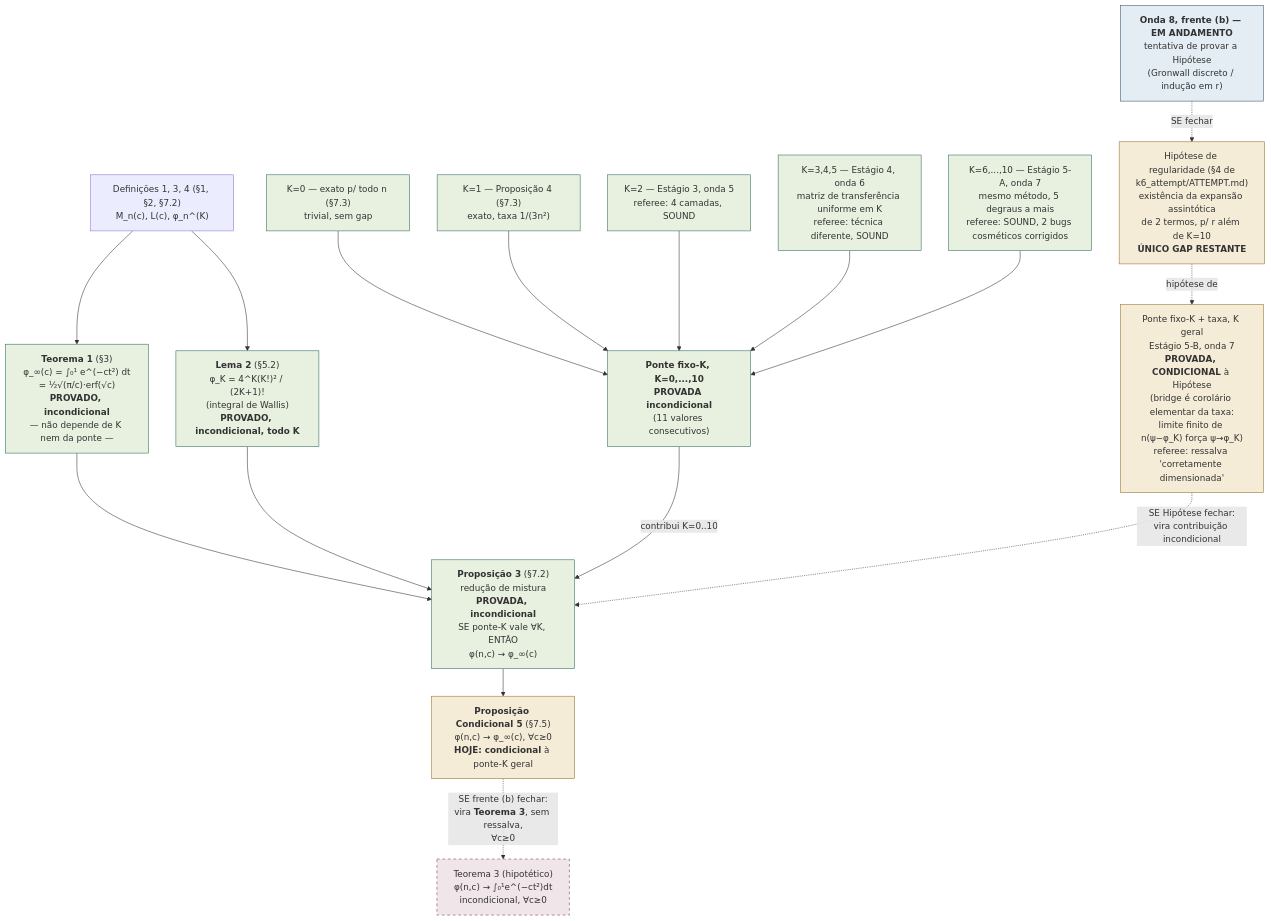
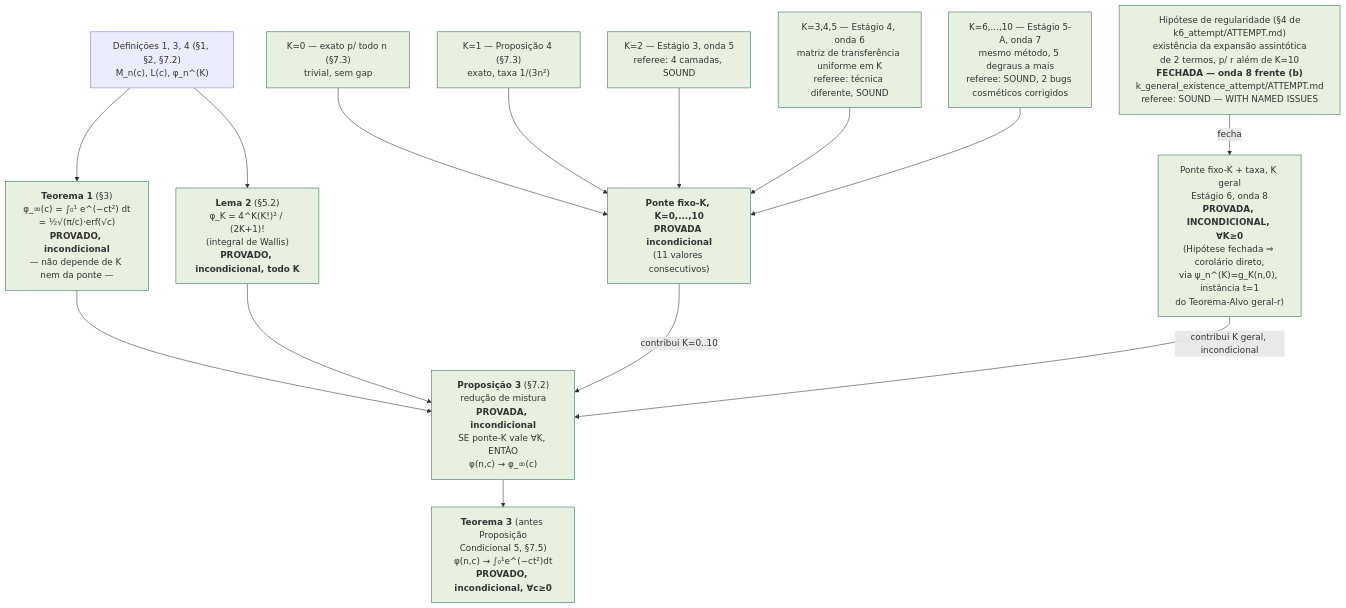
One commit to dougdotcon/TamesisTheoryCompleteResearchArchive changed the first of 2 diagrams in 05_DISCOVERY_LAB/02_TESTS/CORE_NUMERICS/u12_universality/PROOF_DEPENDENCY_MAP.md. Above: the diagram before and after it, drawn with Mermaid. The commit also changed other lines of this file and 36 other files, not shown here.

````diff
--- a/05_DISCOVERY_LAB/02_TESTS/CORE_NUMERICS/u12_universality/PROOF_DEPENDENCY_MAP.md
+++ b/05_DISCOVERY_LAB/02_TESTS/CORE_NUMERICS/u12_universality/PROOF_DEPENDENCY_MAP.md
@@ -20,59 +20,52 @@
 ```mermaid
 flowchart TD
     D["Definições 1, 3, 4 (§1, §2, §7.2)<br/>M_n(c), L(c), φ_n^(K)"]
 
     T1["<b>Teorema 1</b> (§3)<br/>φ_∞(c) = ∫₀¹ e^(−ct²) dt<br/>= ½√(π/c)·erf(√c)<br/><b>PROVADO, incondicional</b><br/>— não depende de K nem da ponte —"]
     L2["<b>Lema 2</b> (§5.2)<br/>φ_K = 4^K(K!)² / (2K+1)!<br/>(integral de Wallis)<br/><b>PROVADO, incondicional, todo K</b>"]
 
     P3["<b>Proposição 3</b> (§7.2)<br/>redução de mistura<br/><b>PROVADA, incondicional</b><br/>SE ponte-K vale ∀K, ENTÃO<br/>φ(n,c) → φ_∞(c)"]
 
     D --> T1
     D --> L2
     T1 --> P3
     L2 --> P3
 
     K0["K=0 — exato p/ todo n (§7.3)<br/>trivial, sem gap"]
     K1["K=1 — Proposição 4 (§7.3)<br/>exato, taxa 1/(3n²)"]
     K2["K=2 — Estágio 3, onda 5<br/>referee: 4 camadas, SOUND"]
     K345["K=3,4,5 — Estágio 4, onda 6<br/>matriz de transferência uniforme em K<br/>referee: técnica diferente, SOUND"]
     K610["K=6,...,10 — Estágio 5-A, onda 7<br/>mesmo método, 5 degraus a mais<br/>referee: SOUND, 2 bugs cosméticos corrigidos"]
 
     PBinc["<b>Ponte fixo-K, K=0,...,10</b><br/><b>PROVADA incondicional</b><br/>(11 valores consecutivos)"]
     K0 --> PBinc
     K1 --> PBinc
     K2 --> PBinc
     K345 --> PBinc
     K610 --> PBinc
 
-    Hyp["Hipótese de regularidade (§4 de<br/>k6_attempt/ATTEMPT.md)<br/>existência da expansão assintótica<br/>de 2 termos, p/ r além de K=10<br/><b>ÚNICO GAP RESTANTE</b>"]
+    Hyp["Hipótese de regularidade (§4 de<br/>k6_attempt/ATTEMPT.md)<br/>existência da expansão assintótica<br/>de 2 termos, p/ r além de K=10<br/><b>FECHADA — onda 8 frente (b)</b><br/>k_general_existence_attempt/ATTEMPT.md<br/>referee: SOUND — WITH NAMED ISSUES"]
 
-    KgerCond["Ponte fixo-K + taxa, K geral<br/>Estágio 5-B, onda 7<br/><b>PROVADA, CONDICIONAL</b> à Hipótese<br/>(bridge é corolário elementar da taxa:<br/>limite finito de n(ψ−φ_K) força ψ→φ_K)<br/>referee: ressalva 'corretamente dimensionada'"]
+    KgerInc["Ponte fixo-K + taxa, K geral<br/>Estágio 6, onda 8<br/><b>PROVADA, INCONDICIONAL, ∀K≥0</b><br/>(Hipótese fechada ⇒ corolário direto,<br/>via ψ_n^(K)=g_K(n,0), instância t=1<br/>do Teorema-Alvo geral-r)"]
 
-    Hyp -.hipótese de.-> KgerCond
+    Hyp -->|fecha| KgerInc
 
-    W8b["<b>Onda 8, frente (b) — EM ANDAMENTO</b><br/>tentativa de provar a Hipótese<br/>(Gronwall discreto / indução em r)"]
-    W8b -."SE fechar".-> Hyp
-
-    PC5["<b>Proposição Condicional 5</b> (§7.5)<br/>φ(n,c) → φ_∞(c), ∀c≥0<br/><b>HOJE: condicional</b> à ponte-K geral"]
+    Teo3["<b>Teorema 3</b> (antes Proposição<br/>Condicional 5, §7.5)<br/>φ(n,c) → ∫₀¹e^(−ct²)dt<br/><b>PROVADO, incondicional, ∀c≥0</b>"]
 
     PBinc -->|contribui K=0..10| P3
-    KgerCond -.->|"SE Hipótese fechar:<br/>vira contribuição incondicional"| P3
-    P3 --> PC5
-
-    PC5 -.->|"SE frente (b) fechar:<br/>vira <b>Teorema 3</b>, sem ressalva,<br/>∀c≥0"| Teo3["Teorema 3 (hipotético)<br/>φ(n,c) → ∫₀¹e^(−ct²)dt<br/>incondicional, ∀c≥0"]
+    KgerInc -->|contribui K geral, incondicional| P3
+    P3 --> Teo3
 
     style T1 fill:#e8f0e0,stroke:#2f6b5e
     style L2 fill:#e8f0e0,stroke:#2f6b5e
     style P3 fill:#e8f0e0,stroke:#2f6b5e
     style PBinc fill:#e8f0e0,stroke:#2f6b5e
     style K0 fill:#e8f0e0,stroke:#2f6b5e
     style K1 fill:#e8f0e0,stroke:#2f6b5e
     style K2 fill:#e8f0e0,stroke:#2f6b5e
     style K345 fill:#e8f0e0,stroke:#2f6b5e
     style K610 fill:#e8f0e0,stroke:#2f6b5e
-    style Hyp fill:#f5ecd8,stroke:#96702a
-    style KgerCond fill:#f5ecd8,stroke:#96702a
-    style PC5 fill:#f5ecd8,stroke:#96702a
-    style W8b fill:#e3edf3,stroke:#33566f
-    style Teo3 fill:#f0e5e8,stroke:#7a3b4a,stroke-dasharray: 5 5
+    style Hyp fill:#e8f0e0,stroke:#2f6b5e
+    style KgerInc fill:#e8f0e0,stroke:#2f6b5e
+    style Teo3 fill:#e8f0e0,stroke:#2f6b5e
 ```
````
